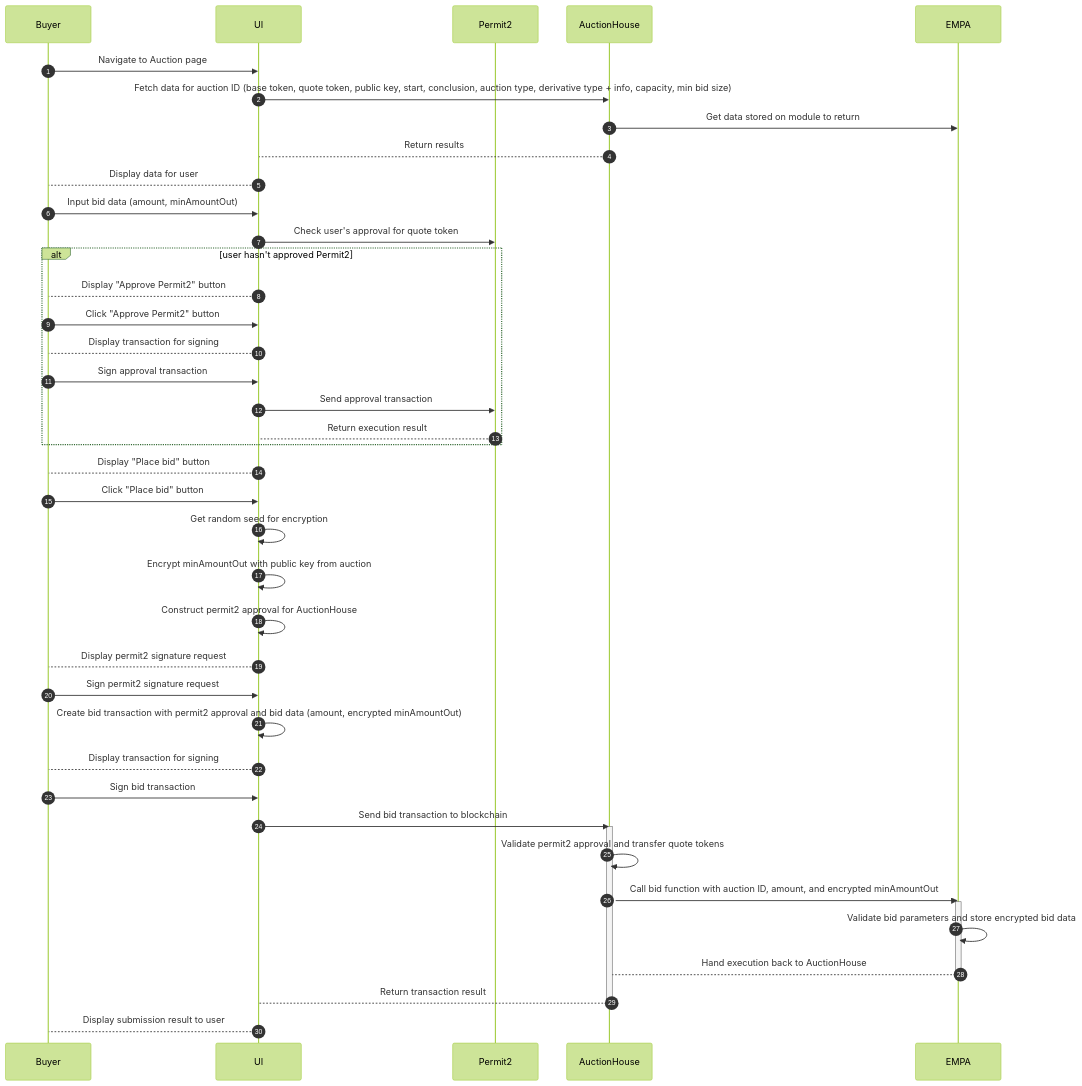
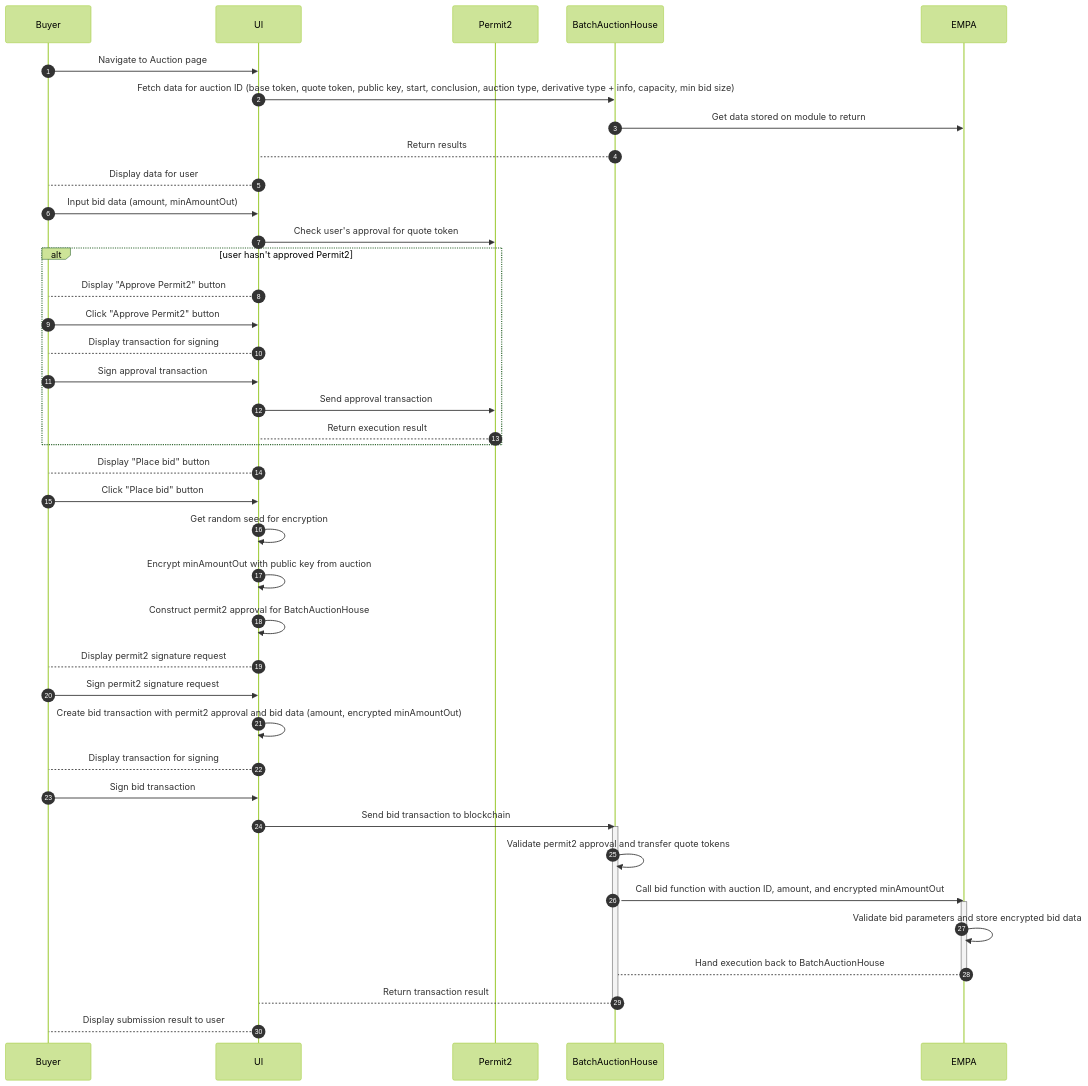
One commit to Axis-Fi/axis-core changed the second of 9 diagrams in design/EMPA.md. Above: the diagram before and after it, drawn with Mermaid (forest theme). The commit also changed other lines of this file, not shown here.

Commit message:
AuctionHouse -> BatchAuctionHouse

````diff
--- a/design/EMPA.md
+++ b/design/EMPA.md
@@ -130,46 +130,46 @@
 ```mermaid
 sequenceDiagram
   autoNumber
   participant Buyer
   participant UI
   participant Permit2
-  participant AuctionHouse
+  participant BatchAuctionHouse
   participant EMPA
 
   Buyer->>UI: Navigate to Auction page
-  UI->>AuctionHouse: Fetch data for auction ID (base token, quote token, public key, start, conclusion, auction type, derivative type + info, capacity, min bid size)
-  AuctionHouse->>EMPA: Get data stored on module to return
-  AuctionHouse-->UI: Return results
+  UI->>BatchAuctionHouse: Fetch data for auction ID (base token, quote token, public key, start, conclusion, auction type, derivative type + info, capacity, min bid size)
+  BatchAuctionHouse->>EMPA: Get data stored on module to return
+  BatchAuctionHouse-->UI: Return results
   UI-->Buyer: Display data for user
   Buyer->>UI: Input bid data (amount, minAmountOut)
   UI->>Permit2: Check user's approval for quote token
   alt user hasn't approved Permit2
     UI-->Buyer: Display "Approve Permit2" button
     Buyer->>UI: Click "Approve Permit2" button
     UI-->Buyer: Display transaction for signing
     Buyer->>UI: Sign approval transaction
     UI->>Permit2: Send approval transaction
     Permit2-->UI: Return execution result
   end
   UI-->Buyer: Display "Place bid" button
   Buyer->>UI: Click "Place bid" button
   UI->>UI: Get random seed for encryption
   UI->>UI: Encrypt minAmountOut with public key from auction
-  UI->>UI: Construct permit2 approval for AuctionHouse
+  UI->>UI: Construct permit2 approval for BatchAuctionHouse
   UI-->Buyer: Display permit2 signature request
   Buyer->>UI: Sign permit2 signature request
   UI->>UI: Create bid transaction with permit2 approval and bid data (amount, encrypted minAmountOut)
   UI-->Buyer: Display transaction for signing
   Buyer->>UI: Sign bid transaction
-  UI->>AuctionHouse: Send bid transaction to blockchain
-  activate AuctionHouse
-    AuctionHouse->>AuctionHouse: Validate permit2 approval and transfer quote tokens
-    AuctionHouse->>EMPA: Call bid function with auction ID, amount, and encrypted minAmountOut
+  UI->>BatchAuctionHouse: Send bid transaction to blockchain
+  activate BatchAuctionHouse
+    BatchAuctionHouse->>BatchAuctionHouse: Validate permit2 approval and transfer quote tokens
+    BatchAuctionHouse->>EMPA: Call bid function with auction ID, amount, and encrypted minAmountOut
     activate EMPA
         EMPA->>EMPA: Validate bid parameters and store encrypted bid data
-        EMPA-->AuctionHouse: Hand execution back to AuctionHouse
+        EMPA-->BatchAuctionHouse: Hand execution back to BatchAuctionHouse
     deactivate EMPA
-    AuctionHouse-->UI: Return transaction result
-  deactivate AuctionHouse
+    BatchAuctionHouse-->UI: Return transaction result
+  deactivate BatchAuctionHouse
   UI-->Buyer: Display submission result to user
 ```
````
